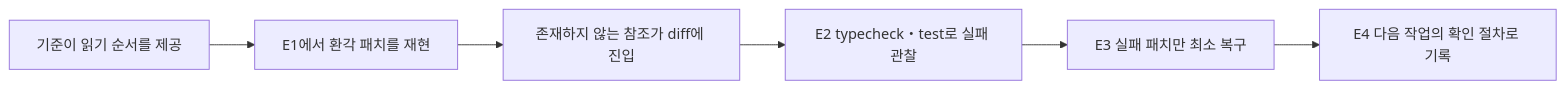
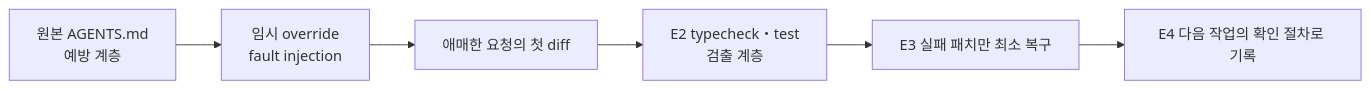
One commit to RainaKim/order-ops changed the diagram in labs/lecture13/README.md. Above: the diagram before and after it, drawn with Mermaid. The commit also changed other lines of this file and 2 other files, not shown here.

Commit message:
docs: add Lab 13 fault injection workflow

````diff
--- a/labs/lecture13/README.md
+++ b/labs/lecture13/README.md
@@ -37,6 +37,6 @@
 ```mermaid
 flowchart LR
-  A["기준이 읽기 순서를 제공"] --> B["E1에서 환각 패치를 재현"]
-  B --> C["존재하지 않는 참조가 diff에 진입"] --> D["E2 typecheck・test로 실패 관찰"]
+  A["원본 AGENTS.md<br/>예방 계층"] --> B["임시 override<br/>fault injection"]
+  B --> C["애매한 요청의 첫 diff"] --> D["E2 typecheck・test<br/>검출 계층"]
   D --> E["E3 실패 패치만 최소 복구"] --> F["E4 다음 작업의 확인 절차로 기록"]
 ```
````
